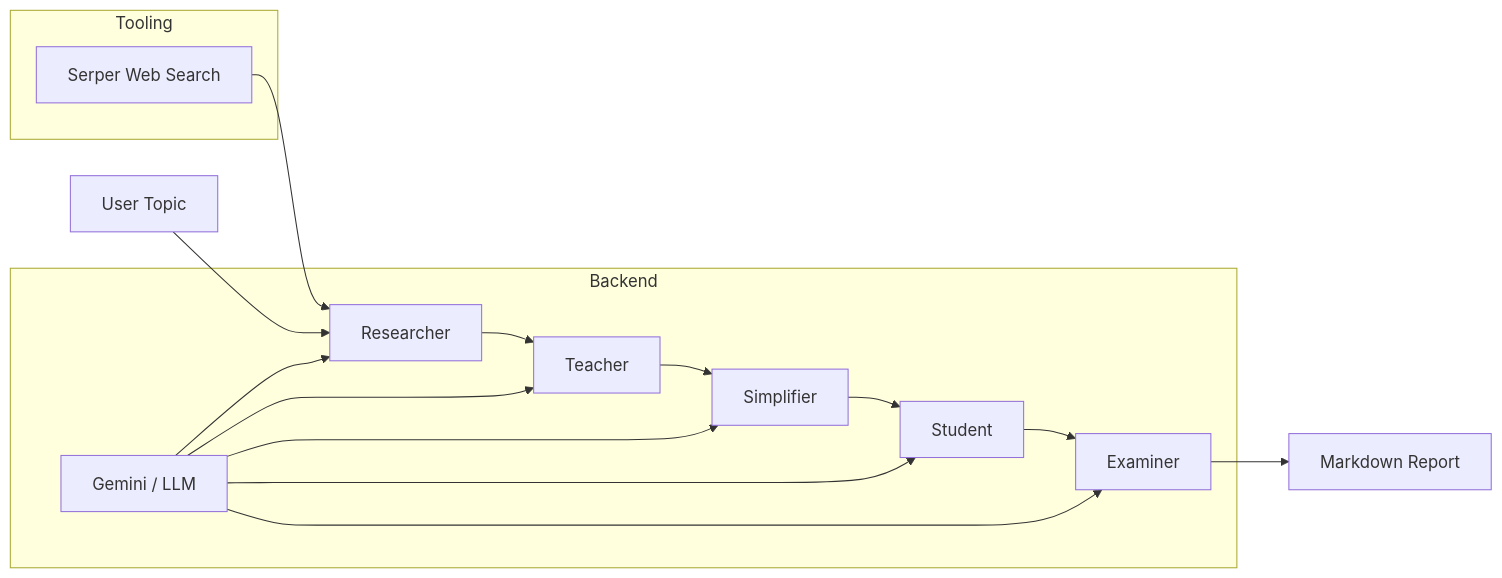
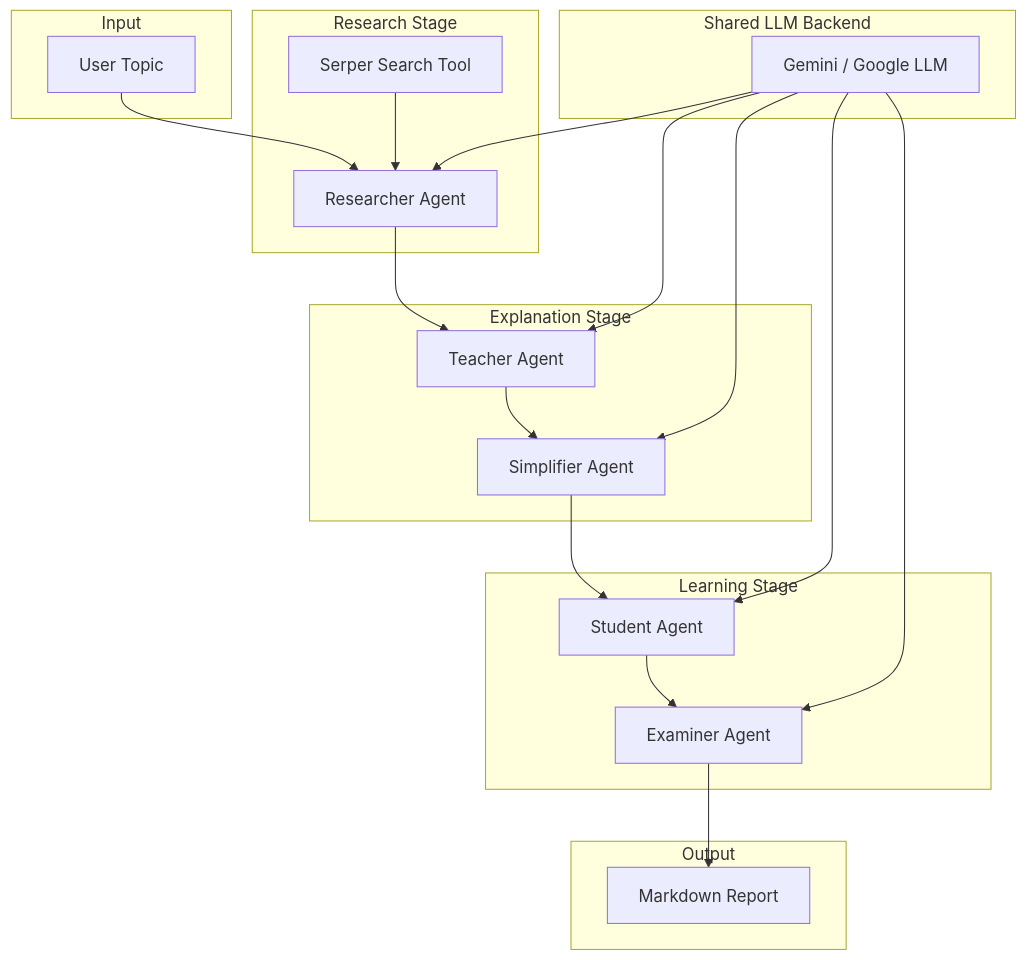
One commit to Ram2002-ai/multi-agent-research-assistant changed the diagram in README.md. Above: the diagram before and after it, drawn with Mermaid. The commit also changed other lines of this file, not shown here.

````diff
--- a/README.md
+++ b/README.md
@@ -53,19 +67,43 @@
 ```mermaid
-flowchart LR
-  A[User Topic] --> B[Researcher]
-  B --> C[Teacher]
-  C --> D[Simplifier]
-  D --> E[Student]
-  E --> F[Examiner]
-  F --> G[Markdown Report]
-  subgraph Backend
-    H[Gemini / LLM] --> B
-    H --> C
-    H --> D
-    H --> E
-    H --> F
+flowchart TD
+  subgraph Input
+    UserTopic["User Topic"]
   end
-  subgraph Tooling
-    I[Serper Web Search] --> B
+
+  subgraph Stage1 [Research Stage]
+    Researcher["Researcher Agent"]
+    SearchTool["Serper Search Tool"]
+  end
+
+  subgraph Stage2 [Explanation Stage]
+    Teacher["Teacher Agent"]
+    Simplifier["Simplifier Agent"]
+  end
+
+  subgraph Stage3 [Learning Stage]
+    Student["Student Agent"]
+    Examiner["Examiner Agent"]
+  end
+
+  subgraph Output
+    MarkdownReport["Markdown Report"]
+  end
+
+  UserTopic --> Researcher
+  Researcher --> Teacher
+  Teacher --> Simplifier
+  Simplifier --> Student
+  Student --> Examiner
+  Examiner --> MarkdownReport
+
+  SearchTool --> Researcher
+
+  subgraph LLM [Shared LLM Backend]
+    Gemini["Gemini / Google LLM"]
+    Gemini --> Researcher
+    Gemini --> Teacher
+    Gemini --> Simplifier
+    Gemini --> Student
+    Gemini --> Examiner
   end
 ```
````
